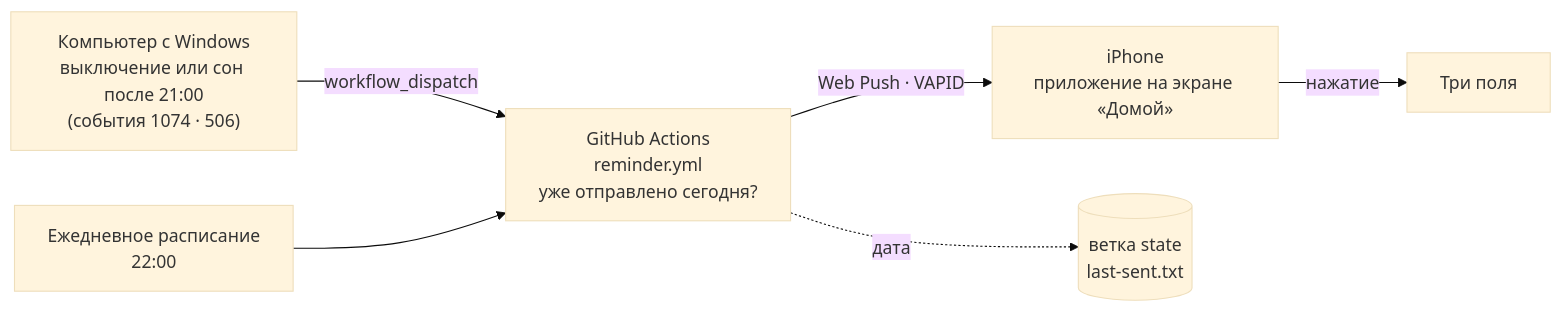
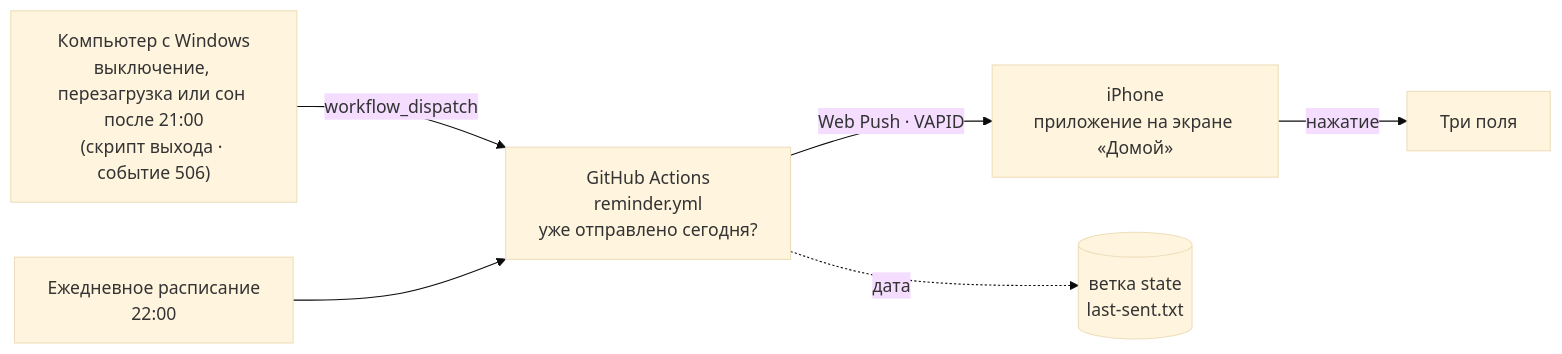
One commit to YILDIRIMZX/aksam-notu changed the diagram in README.ru.md. Above: the diagram before and after it, drawn with Mermaid (base theme). The commit also changed other lines of this file and 12 other files, not shown here.

````diff
--- a/README.ru.md
+++ b/README.ru.md
@@ -33,8 +33,8 @@
 ```mermaid
 flowchart LR
-  PC["Компьютер с Windows<br/>выключение или сон после 21:00<br/>(события 1074 · 506)"] -- "workflow_dispatch" --> GA
+  PC["Компьютер с Windows<br/>выключение, перезагрузка или сон после 21:00<br/>(скрипт выхода · событие 506)"] -- "workflow_dispatch" --> GA
   Cron["Ежедневное расписание<br/>22:00"] --> GA
   GA["GitHub Actions<br/>reminder.yml<br/>уже отправлено сегодня?"] -- "Web Push · VAPID" --> Phone["iPhone<br/>приложение на экране «Домой»"]
   GA -. "дата" .-> State[("ветка state<br/>last-sent.txt")]
   Phone -- "нажатие" --> Note["Три поля"]
 ```
````
